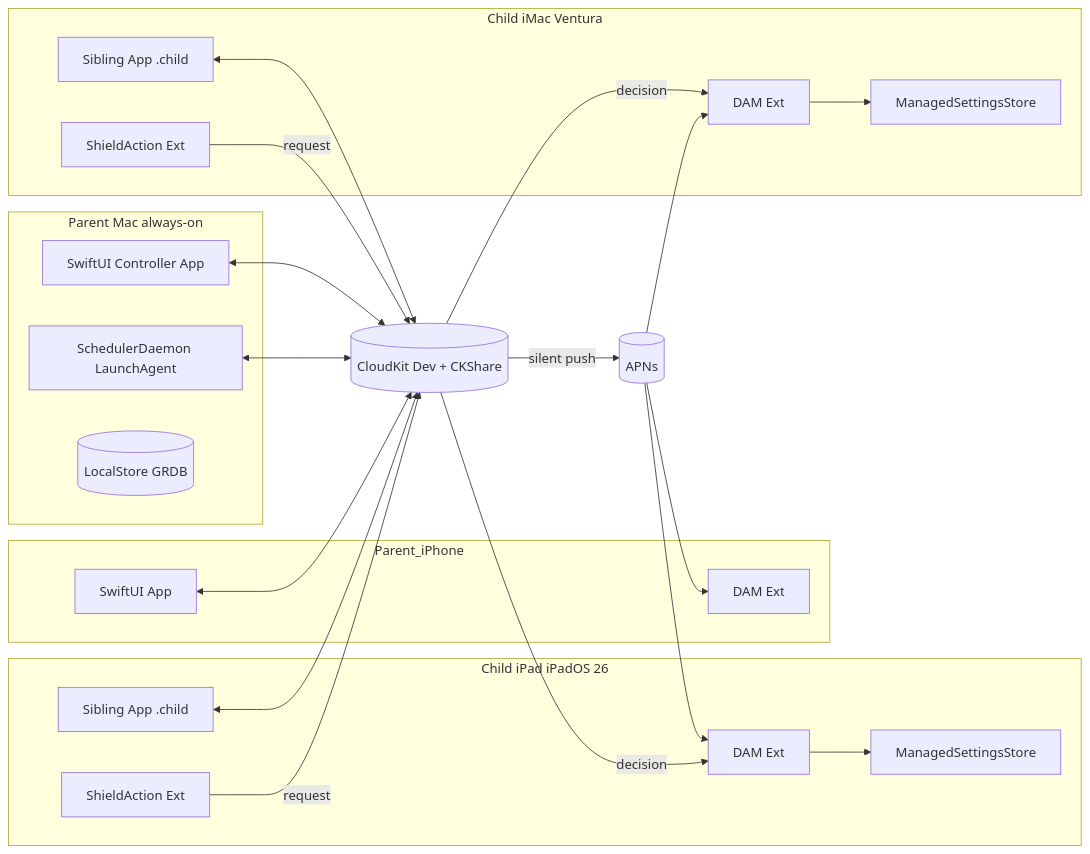
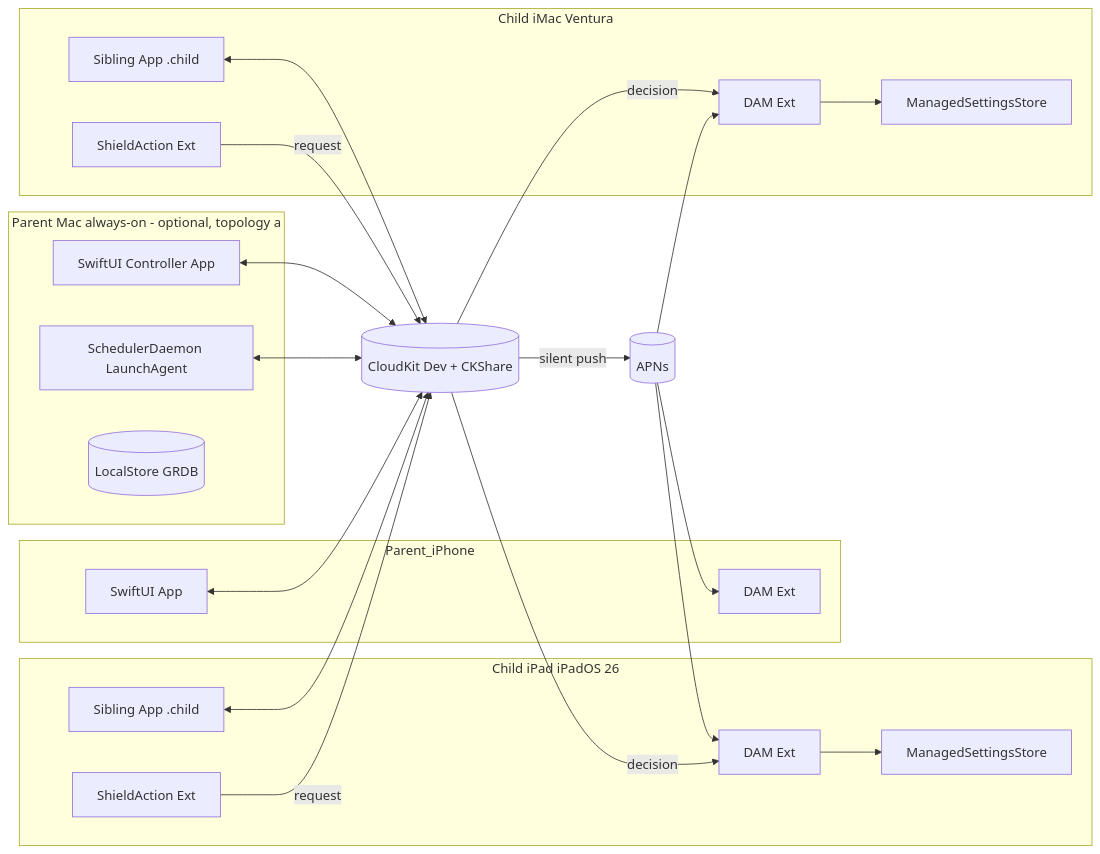
The diagram in PLAN_A.md (emclain/screen-time-scheduler), drawn with Mermaid before and after one commit. The commit also changed other lines of this file, not shown here.

Commit message:
PLAN_A: drop shared-iMac scenario, iMac runs child session only

````diff
--- a/PLAN_A.md
+++ b/PLAN_A.md
@@ -24,41 +24,41 @@
 ```mermaid
 flowchart LR
-  subgraph Parent_Mac[Parent Mac always-on]
+  subgraph Parent_Mac[Parent Mac always-on - optional, topology a]
     PUIm[SwiftUI Controller App]
     Daemon[SchedulerDaemon LaunchAgent]
     LSm[(LocalStore GRDB)]
   end
   subgraph Parent_iPhone
     PUIp[SwiftUI App]
     DAMp[DAM Ext]
   end
   subgraph Child_iPad[Child iPad iPadOS 26]
     CUIi[Sibling App .child]
     DAMi[DAM Ext]
     SAEi[ShieldAction Ext]
     MSi[ManagedSettingsStore]
   end
   subgraph Child_Mac[Child iMac Ventura]
     CUIm[Sibling App .child]
     DAMm[DAM Ext]
     SAEm[ShieldAction Ext]
     MSm[ManagedSettingsStore]
   end
   CK[(CloudKit Dev + CKShare)]
   APNs[(APNs)]
   PUIm <--> CK
   Daemon <--> CK
   PUIp <--> CK
   CUIi <--> CK
   CUIm <--> CK
   CK -- silent push --> APNs
   APNs --> DAMp
   APNs --> DAMi
   APNs --> DAMm
   DAMi --> MSi
   DAMm --> MSm
   SAEi -- request --> CK
   SAEm -- request --> CK
   CK -- decision --> DAMi
   CK -- decision --> DAMm
 ```
````
